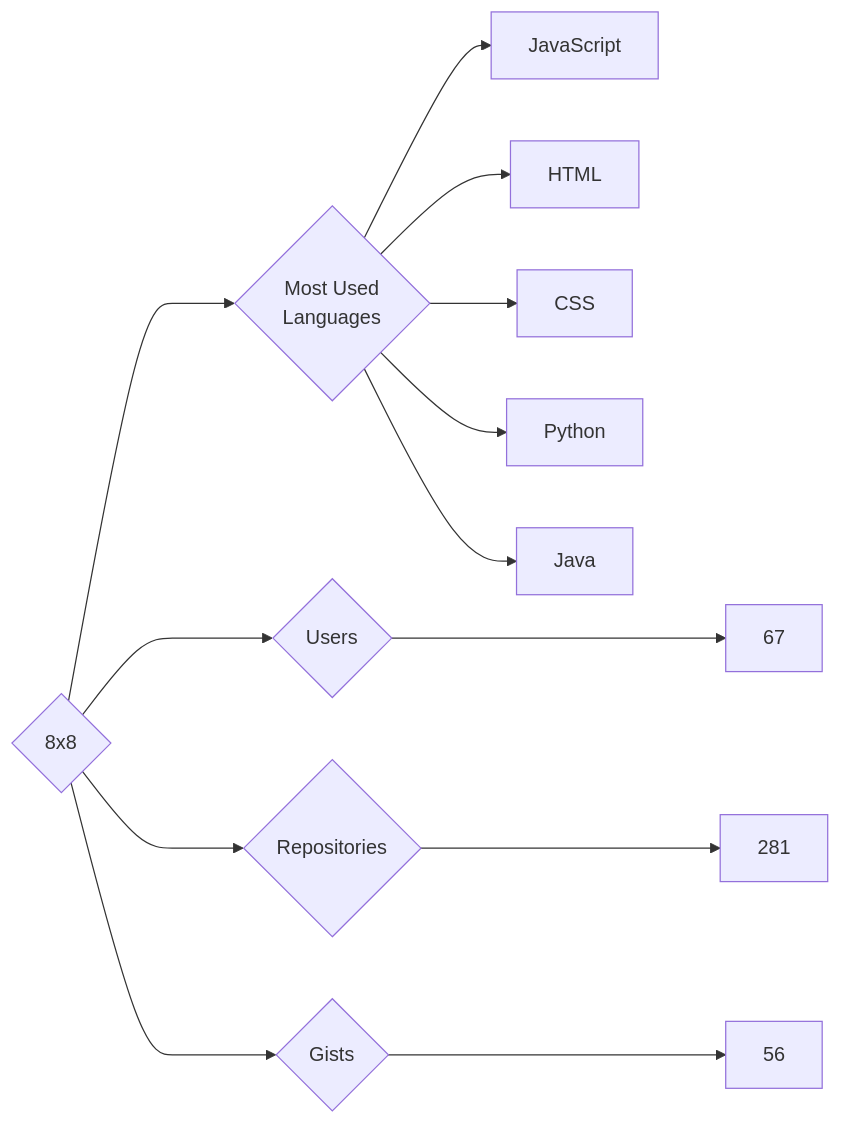
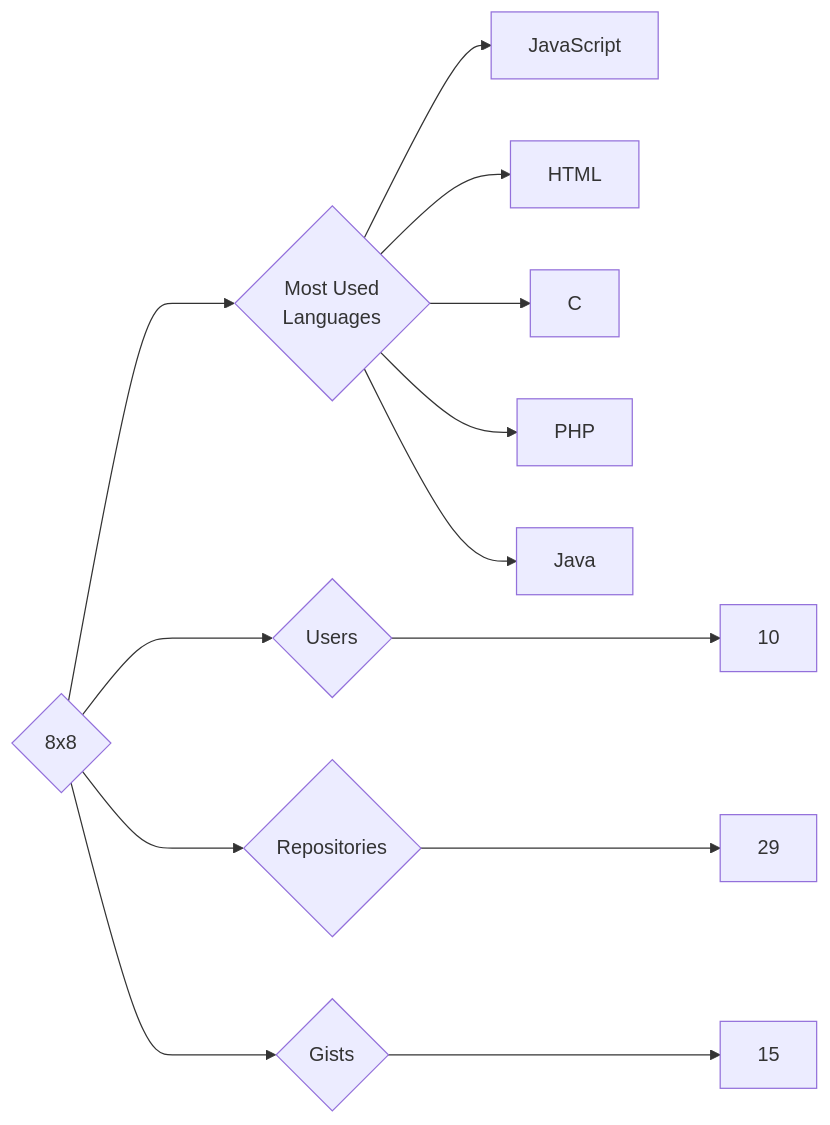
Before and after one commit to trickest/insiders: the diagram in targets/8x8/README.md, drawn with Mermaid. The commit also changed 859 other files, not shown here.

````diff
--- a/targets/8x8/README.md
+++ b/targets/8x8/README.md
@@ -3,13 +3,13 @@
 ```mermaid
 graph LR
 COMPANY_NAME{8x8}
-COMPANY_NAME ---> U{Users} ---> UN[67]
-COMPANY_NAME ---> R{Repositories} ---> RN[281]
-COMPANY_NAME ---> G{Gists} ---> GN[56]
+COMPANY_NAME ---> U{Users} ---> UN[10]
+COMPANY_NAME ---> R{Repositories} ---> RN[29]
+COMPANY_NAME ---> G{Gists} ---> GN[15]
 COMPANY_NAME ---> ML{Most Used<br>Languages}
 ML --> JavaScript[JavaScript]
 ML --> HTML[HTML]
-ML --> CSS[CSS]
-ML --> Python[Python]
+ML --> C[C]
+ML --> PHP[PHP]
 ML --> Java[Java]
 ```
````
